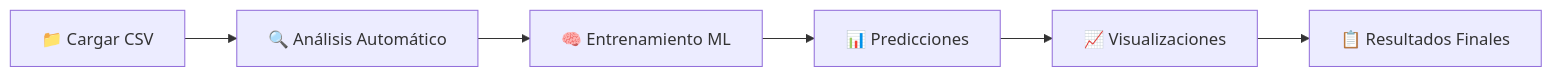
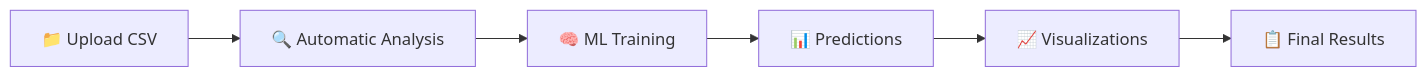
Before and after one commit to davidmonterocrespo24/Agents2ML: the diagram in docs/01_introduction.md, drawn with Mermaid. The commit also changed other lines of this file and 13 other files, not shown here.

````diff
--- a/docs/01_introduction.md
+++ b/docs/01_introduction.md
@@ -59,8 +59,8 @@
 ```mermaid
 graph LR
-    A[📁 Cargar CSV] --> B[🔍 Análisis Automático]
-    B --> C[🧠 Entrenamiento ML]
-    C --> D[📊 Predicciones]
-    D --> E[📈 Visualizaciones]
-    E --> F[📋 Resultados Finales]
+    A[📁 Upload CSV] --> B[🔍 Automatic Analysis]
+    B --> C[🧠 ML Training]
+    C --> D[📊 Predictions]
+    D --> E[📈 Visualizations]
+    E --> F[📋 Final Results]
 ```
````
